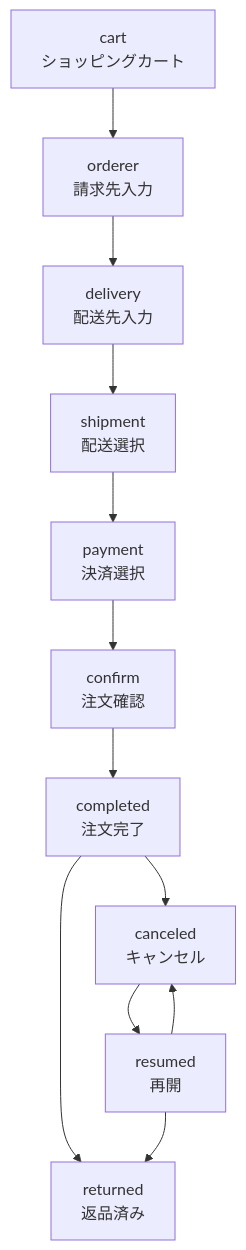
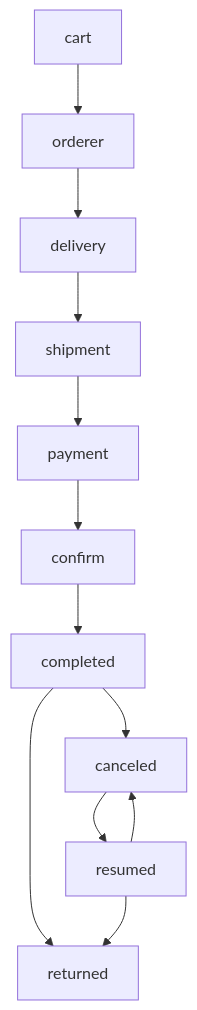
One commit to hyoshida/comable-guide changed the first of 4 diagrams in ja/developer/state_machine.md. Above: the diagram before and after it, drawn with Mermaid. The commit also changed other lines of this file, not shown here.

```diff
--- a/ja/developer/state_machine.md
+++ b/ja/developer/state_machine.md
@@ -9,25 +9,14 @@
 {% mermaid %}
 graph TD;
     cart --> orderer;
     orderer --> delivery;
     delivery --> shipment;
     shipment --> payment;
     payment --> confirm;
     confirm --> completed;
     completed --> canceled;
     completed --> returned;
     canceled --> resumed;
     resumed --> canceled;
     resumed --> returned;
-
-    cart[cart<br/>ショッピングカート];
-    orderer[orderer<br/>請求先入力];
-    delivery[delivery<br/>配送先入力];
-    shipment[shipment<br/>配送選択];
-    payment[payment<br/>決済選択];
-    confirm[confirm<br/>注文確認];
-    completed[completed<br/>注文完了];
-    resumed[resumed<br/>再開];
-    canceled[canceled<br/>キャンセル];
-    returned[returned<br/>返品済み];
 {% endmermaid %}
```
